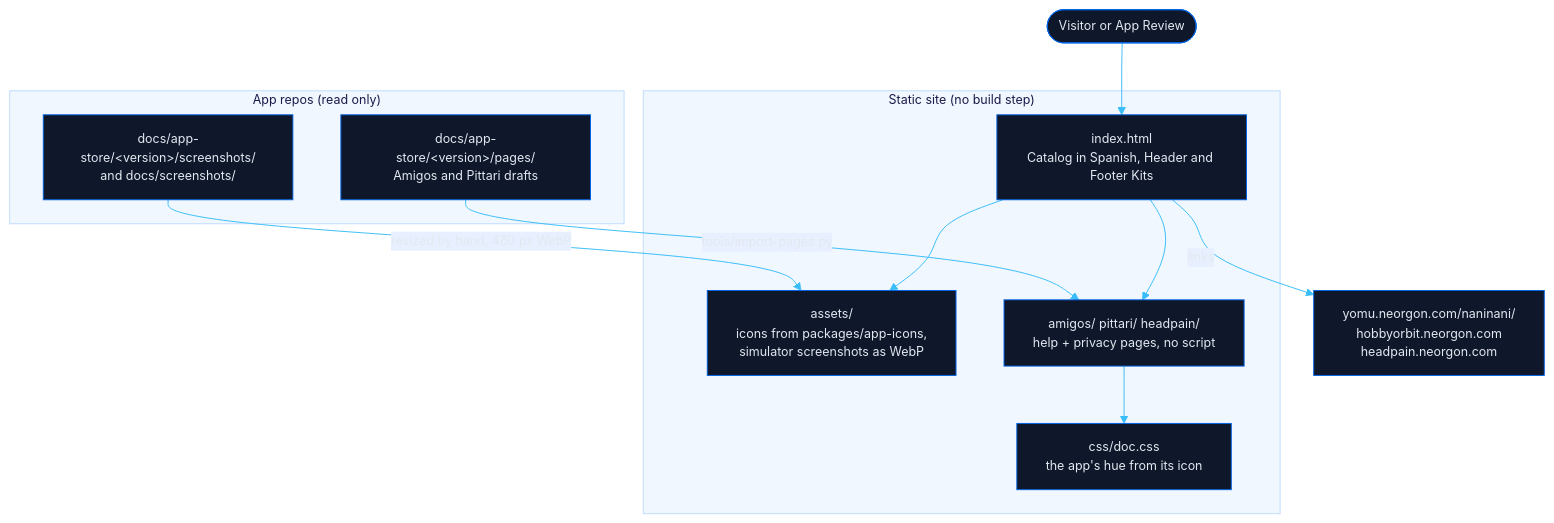
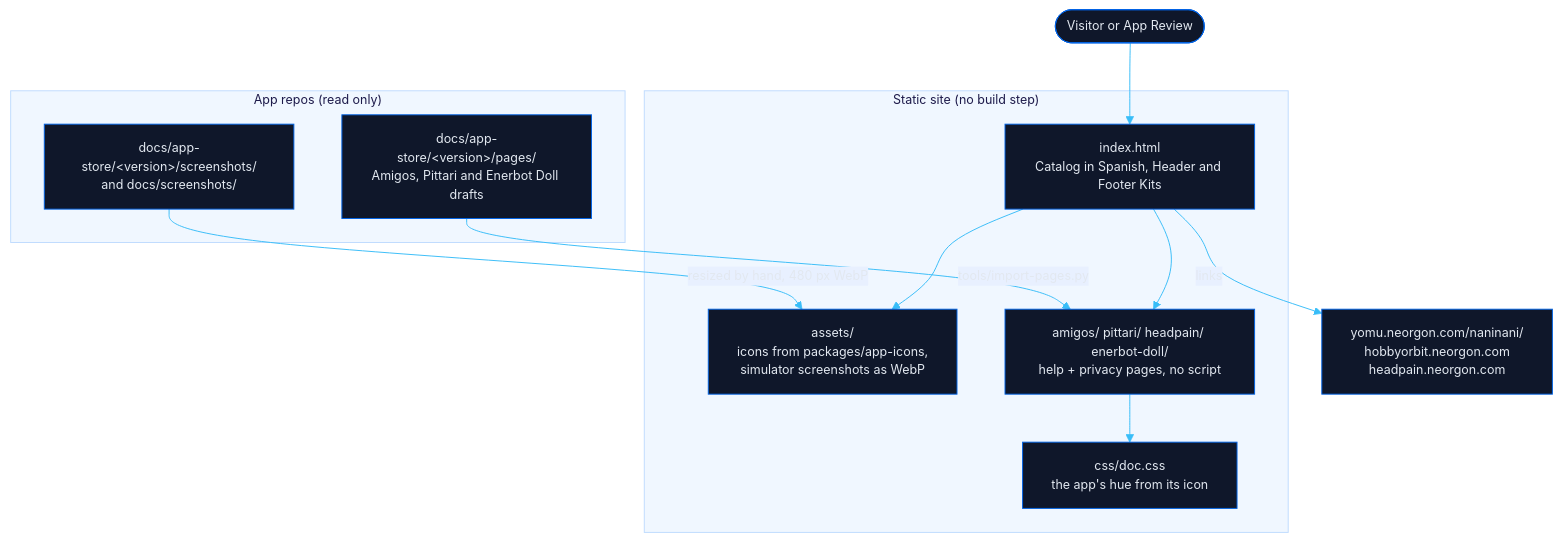
The diagram in docs/architecture.mmd (energon-a-secas/apps-site), drawn with Mermaid before and after one commit. The commit also changed 12 other files, not shown here.

First line of the commit message:
feat: Enerbot Doll's card in the catalog, and its help page with the outline

```diff
--- a/docs/architecture.mmd
+++ b/docs/architecture.mmd
@@ -1,36 +1,36 @@
 ---
 config:
   theme: base
   themeVariables:
     primaryColor: "#0f172a"
     primaryTextColor: "#e2e8f0"
     primaryBorderColor: "#0063e5"
     lineColor: "#38bdf8"
     secondaryColor: "#1e293b"
     tertiaryColor: "#1e293b"
     clusterBkg: "#f0f7ff"
     clusterBorder: "#bfdbfe"
     edgeLabelBackground: "#e8f0ff"
     mainBkg: "#0f172a"
     nodeBorder: "#0063e5"
     titleColor: "#1e1b4b"
     fontFamily: "ui-sans-serif, system-ui, -apple-system, sans-serif"
     fontSize: "13px"
 ---
 flowchart TB
     User([Visitor or App Review]) --> HTML["index.html\nCatalog in Spanish, Header and Footer Kits"]
 
     subgraph App["Static site (no build step)"]
         HTML --> Assets["assets/\nicons from packages/app-icons,\nsimulator screenshots as WebP"]
-        HTML --> Docs["amigos/ pittari/ headpain/\nhelp + privacy pages, no script"]
+        HTML --> Docs["amigos/ pittari/ headpain/ enerbot-doll/\nhelp + privacy pages, no script"]
         Docs --> DocCSS["css/doc.css\nthe app's hue from its icon"]
     end
 
     subgraph Repos["App repos (read only)"]
-        Drafts["docs/app-store/&lt;version&gt;/pages/\nAmigos and Pittari drafts"]
+        Drafts["docs/app-store/&lt;version&gt;/pages/\nAmigos, Pittari and Enerbot Doll drafts"]
         Shots["docs/app-store/&lt;version&gt;/screenshots/\nand docs/screenshots/"]
     end
 
     Drafts -->|"tools/import-pages.py"| Docs
     Shots -->|"resized by hand, 480 px WebP"| Assets
     HTML -->|"links"| Sites["yomu.neorgon.com/naninani/\nhobbyorbit.neorgon.com\nheadpain.neorgon.com"]
```
